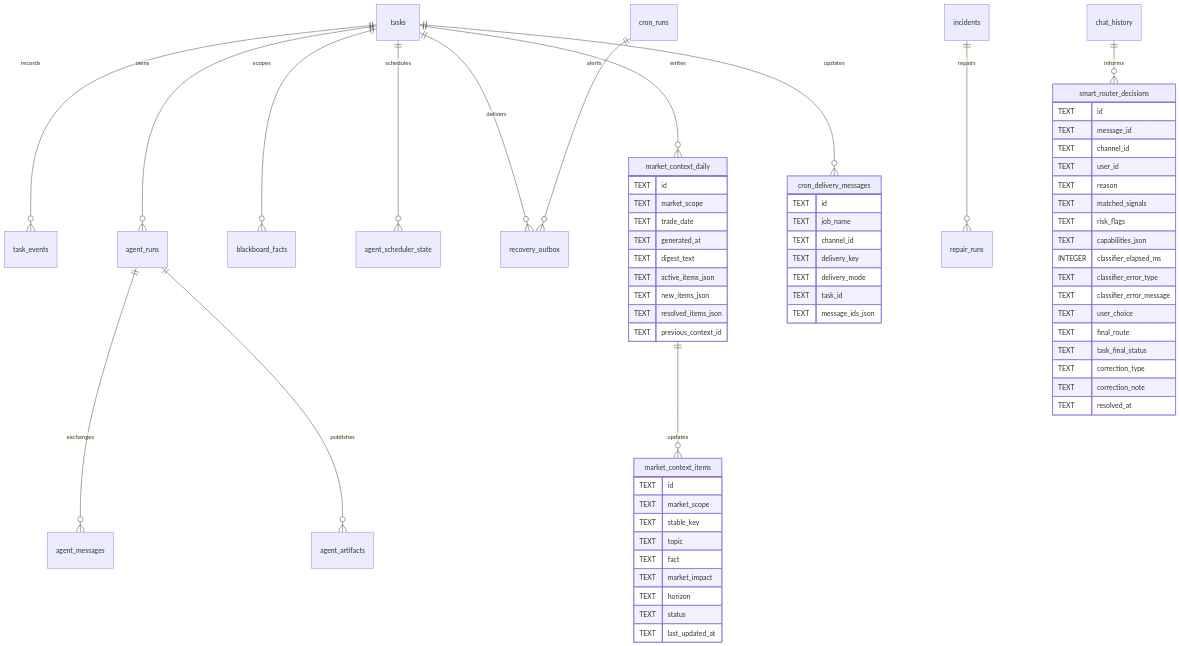
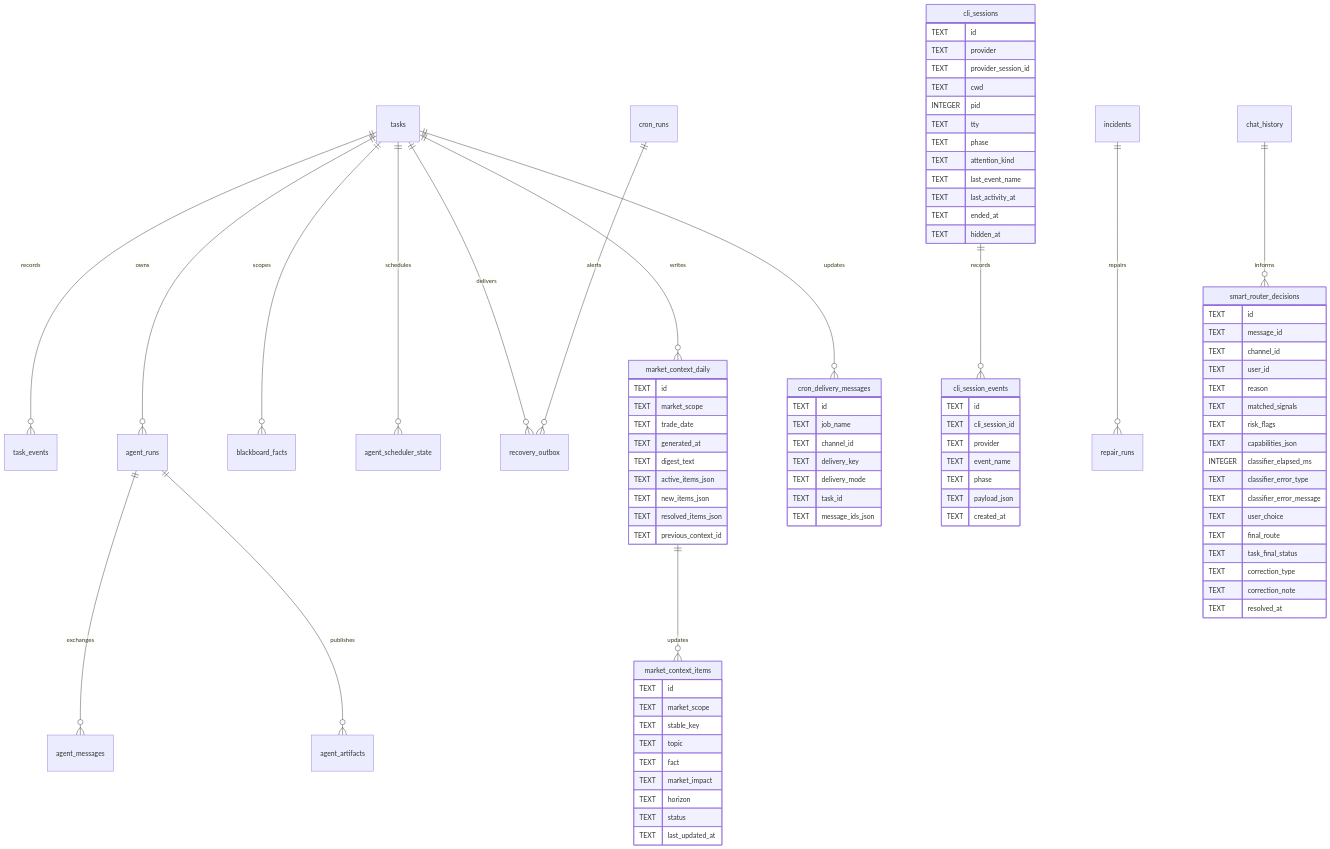
One commit to yuanyunfan/miniclaw changed the sixth of 6 diagrams in docs/architecture.md. Above: the diagram before and after it, drawn with Mermaid. The commit also changed other lines of this file and 39 other files, not shown here.

Commit message:
feat: add hookd CLI session dashboard

````diff
--- a/docs/architecture.md
+++ b/docs/architecture.md
@@ -230,6 +239,7 @@
   tasks ||--o{ market_context_daily : writes
   cron_runs ||--o{ recovery_outbox : alerts
   tasks ||--o{ cron_delivery_messages : updates
+  cli_sessions ||--o{ cli_session_events : records
   incidents ||--o{ repair_runs : repairs
   chat_history ||--o{ smart_router_decisions : informs
   market_context_daily ||--o{ market_context_items : updates
@@ -287,4 +297,29 @@
     TEXT task_id
     TEXT message_ids_json
   }
+
+  cli_sessions {
+    TEXT id
+    TEXT provider
+    TEXT provider_session_id
+    TEXT cwd
+    INTEGER pid
+    TEXT tty
+    TEXT phase
+    TEXT attention_kind
+    TEXT last_event_name
+    TEXT last_activity_at
+    TEXT ended_at
+    TEXT hidden_at
+  }
+
+  cli_session_events {
+    TEXT id
+    TEXT cli_session_id
+    TEXT provider
+    TEXT event_name
+    TEXT phase
+    TEXT payload_json
+    TEXT created_at
+  }
 ```
````
